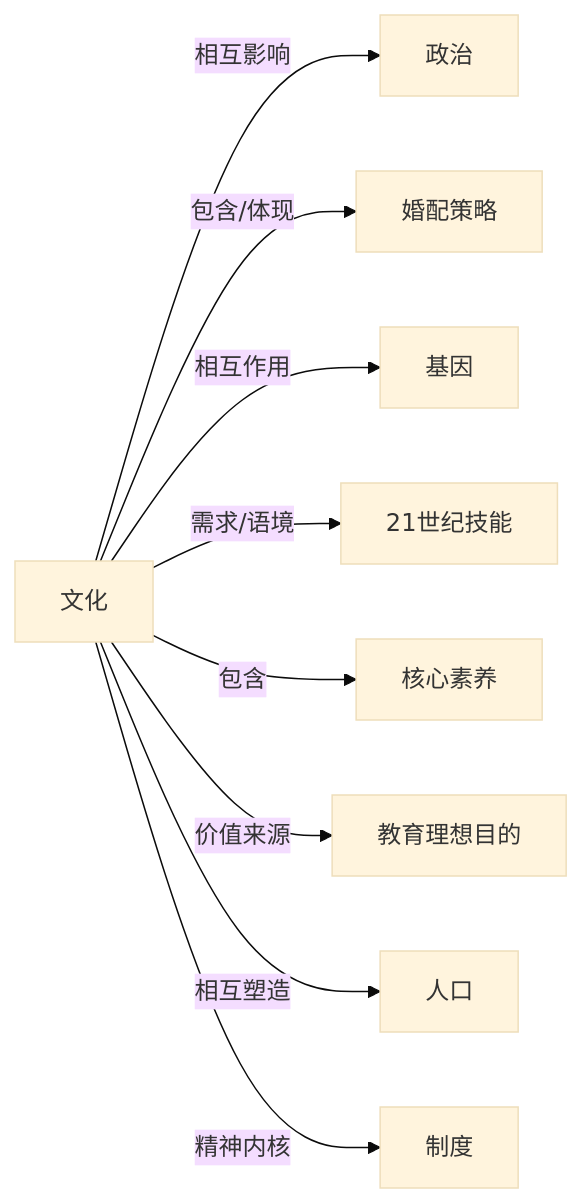
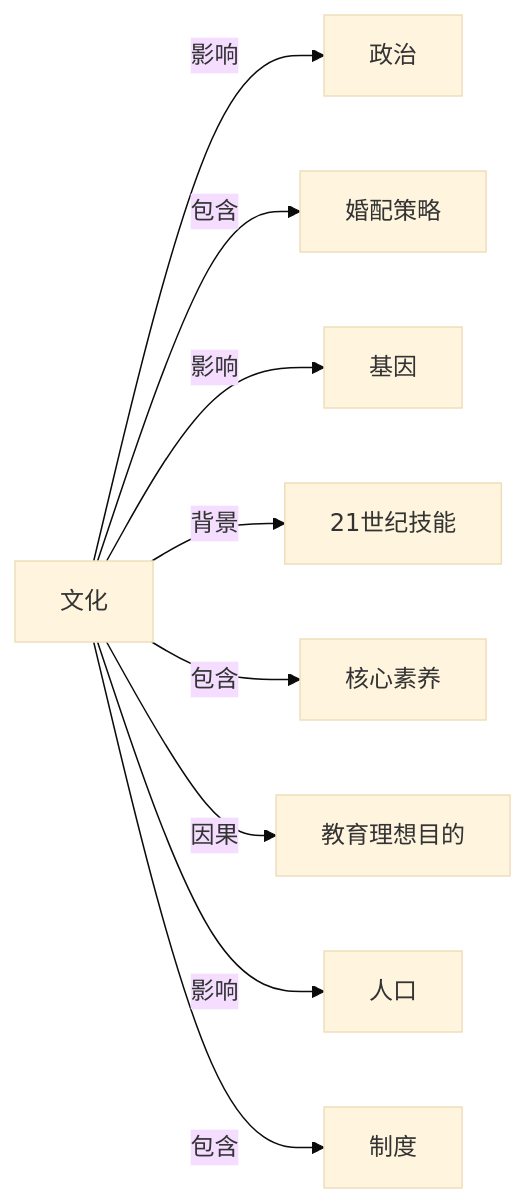
One commit to KIMMCHOW/MyKnowledge changed the diagram in Knowledge/Concepts/人类学/文化.md. Above: the diagram before and after it, drawn with Mermaid (base theme). The commit also changed 95 other files, not shown here.

Commit message:
reorganize: 统一关系图边标签为11类

````diff
--- a/Knowledge/Concepts/人类学/文化.md
+++ b/Knowledge/Concepts/人类学/文化.md
@@ -49,11 +49,11 @@
 ```mermaid
 graph LR
-文化 -->|相互影响| 政治
-文化 -->|包含/体现| 婚配策略
-文化 -->|相互作用| 基因
-文化 -->|需求/语境| 21世纪技能
+文化 -->|影响| 政治
+文化 -->|包含| 婚配策略
+文化 -->|影响| 基因
+文化 -->|背景| 21世纪技能
 文化 -->|包含| 核心素养
-文化 -->|价值来源| 教育理想目的
-文化 -->|相互塑造| 人口
-文化 -->|精神内核| 制度
+文化 -->|因果| 教育理想目的
+文化 -->|影响| 人口
+文化 -->|包含| 制度
 ```
````
